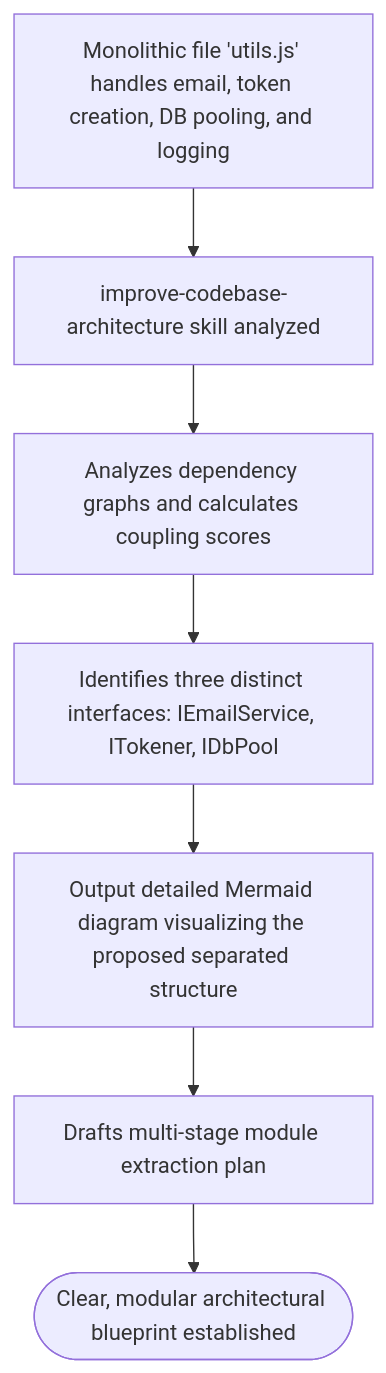
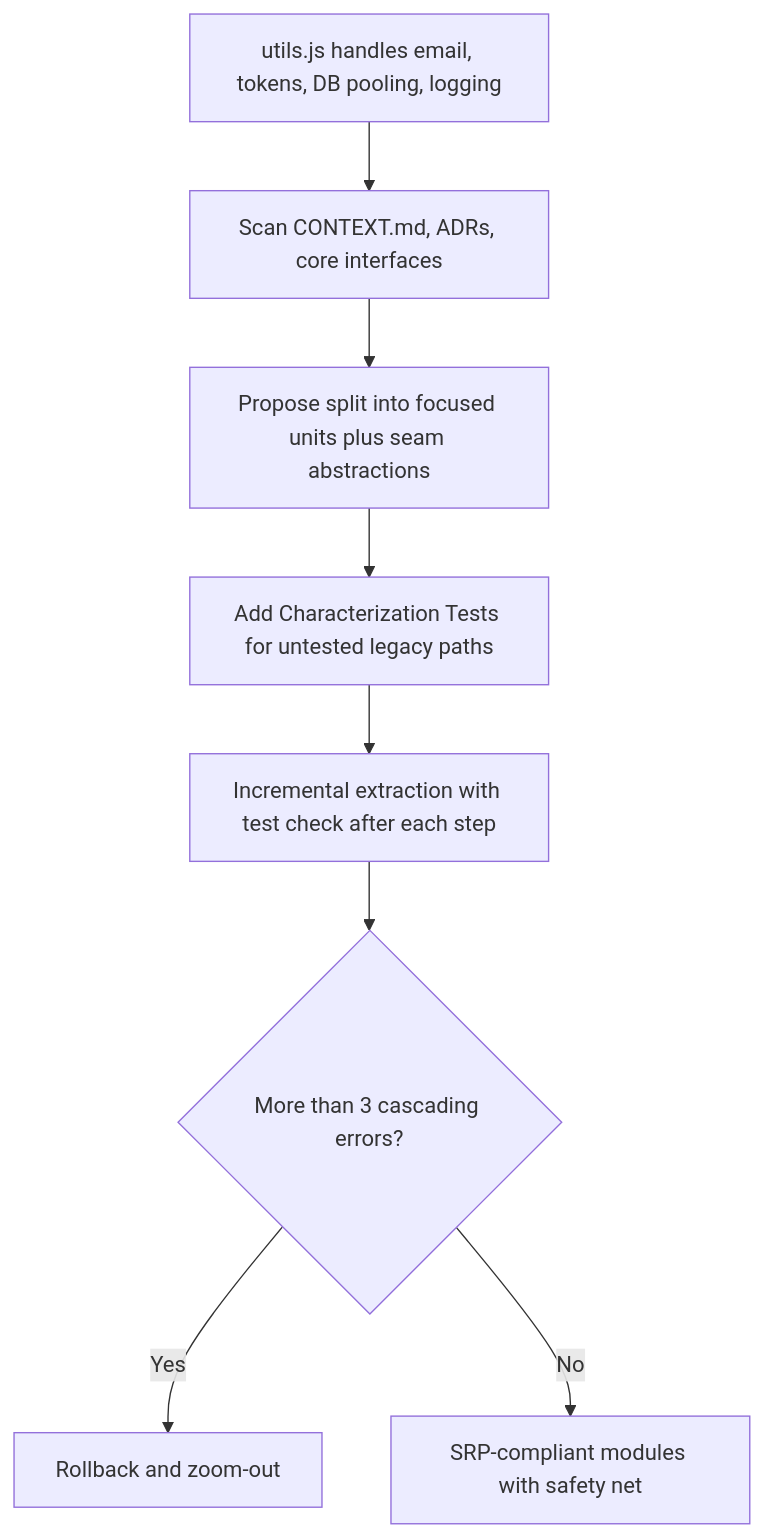
One commit to dyphn1/Harness-everything changed the third of 3 diagrams in docs/workflows/improve-codebase-architecture.md. Above: the diagram before and after it, drawn with Mermaid. The commit also changed other lines of this file and 16 other files, not shown here.

````diff
--- a/docs/workflows/improve-codebase-architecture.md
+++ b/docs/workflows/improve-codebase-architecture.md
@@ -50,9 +37,10 @@
 ```mermaid
 graph TD
-  Start["Monolithic file 'utils.js' handles email, token creation, DB pooling, and logging"] --> Trigger["improve-codebase-architecture skill analyzed"]
-  Trigger --> Audit["Analyzes dependency graphs and calculates coupling scores"]
-  Audit --> FindSeams["Identifies three distinct interfaces: IEmailService, ITokener, IDbPool"]
-  FindSeams --> GenMermaid["Output detailed Mermaid diagram visualizing the proposed separated structure"]
-  GenMermaid --> RefactorPlan["Drafts multi-stage module extraction plan"]
-  RefactorPlan --> Done([Clear, modular architectural blueprint established])
+  BloatedUtil["utils.js handles email, tokens, DB pooling, logging"] --> ScanInterfaces["Scan CONTEXT.md, ADRs, core interfaces"]
+  ScanInterfaces --> SRPProposal["Propose split into focused units plus seam abstractions"]
+  SRPProposal --> CharNet["Add Characterization Tests for untested legacy paths"]
+  CharNet --> Incremental["Incremental extraction with test check after each step"]
+  Incremental --> RollbackGate{"More than 3 cascading errors?"}
+  RollbackGate -->|Yes| RollbackZoom["Rollback and zoom-out"]
+  RollbackGate -->|No| ModularDone["SRP-compliant modules with safety net"]
 ```
````
